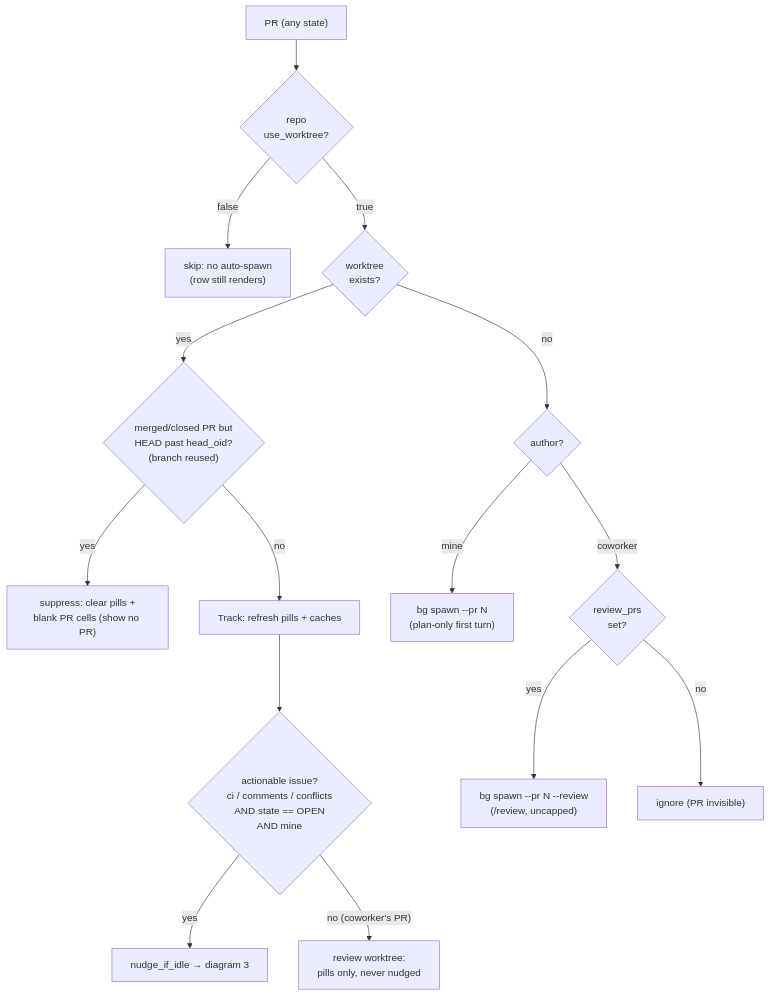
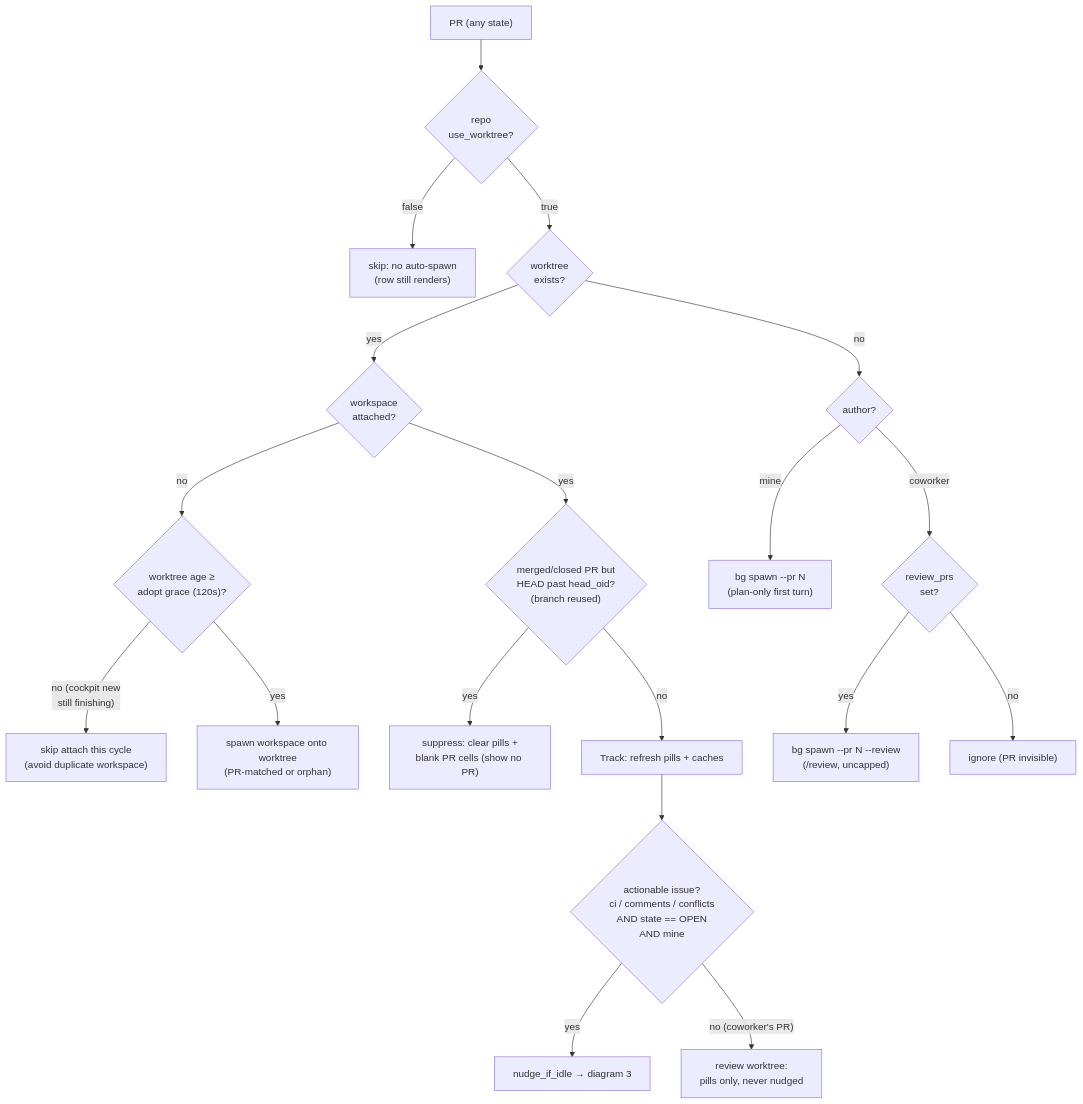
Before and after one commit to khivi/cockpit: the second of 5 diagrams in docs/state-machine.md, drawn with Mermaid. The commit also changed other lines of this file and 3 other files, not shown here.

First line of the commit message:
fix(spawn): don't adopt a worktree cockpit new is still setting up (#364)

````diff
--- a/docs/state-machine.md
+++ b/docs/state-machine.md
@@ -126,19 +126,24 @@
 ```mermaid
 flowchart TD
   P["PR (any state)"] --> IP{"repo<br/>use_worktree?"}
   IP -->|"false"| SKIP["skip: no auto-spawn<br/>(row still renders)"]
   IP -->|"true"| WT{"worktree<br/>exists?"}
 
-  WT -->|yes| REUSE{"merged/closed PR but<br/>HEAD past head_oid?<br/>(branch reused)"}
+  WT -->|yes| WS{"workspace<br/>attached?"}
+  WS -->|no| AGE{"worktree age ≥<br/>adopt grace (120s)?"}
+  AGE -->|"no (cockpit new<br/>still finishing)"| WAIT["skip attach this cycle<br/>(avoid duplicate workspace)"]
+  AGE -->|yes| ATT["spawn workspace onto worktree<br/>(PR-matched or orphan)"]
+
+  WS -->|yes| REUSE{"merged/closed PR but<br/>HEAD past head_oid?<br/>(branch reused)"}
   REUSE -->|yes| SUP["suppress: clear pills +<br/>blank PR cells (show no PR)"]
   REUSE -->|no| TRACK["Track: refresh pills + caches"]
   TRACK --> ACT{"actionable issue?<br/>ci / comments / conflicts<br/>AND state == OPEN<br/>AND mine"}
   ACT -->|yes| NUDGE["nudge_if_idle → diagram 3"]
   ACT -->|"no (coworker's PR)"| RONLY["review worktree:<br/>pills only, never nudged"]
 
   WT -->|no| WHO{"author?"}
   WHO -->|mine| SP["bg spawn --pr N<br/>(plan-only first turn)"]
   WHO -->|coworker| RV{"review_prs<br/>set?"}
   RV -->|yes| SPR["bg spawn --pr N --review<br/>(/review, uncapped)"]
   RV -->|no| IG["ignore (PR invisible)"]
 ```
````
